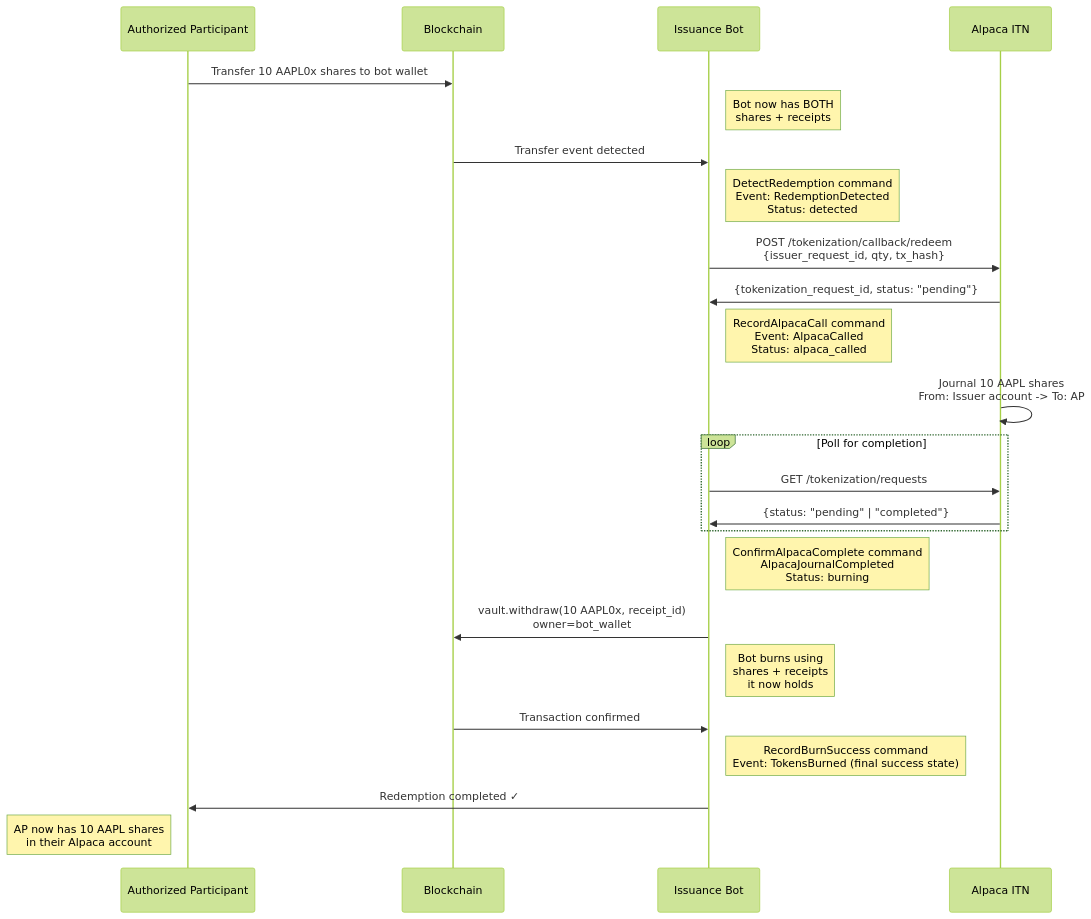
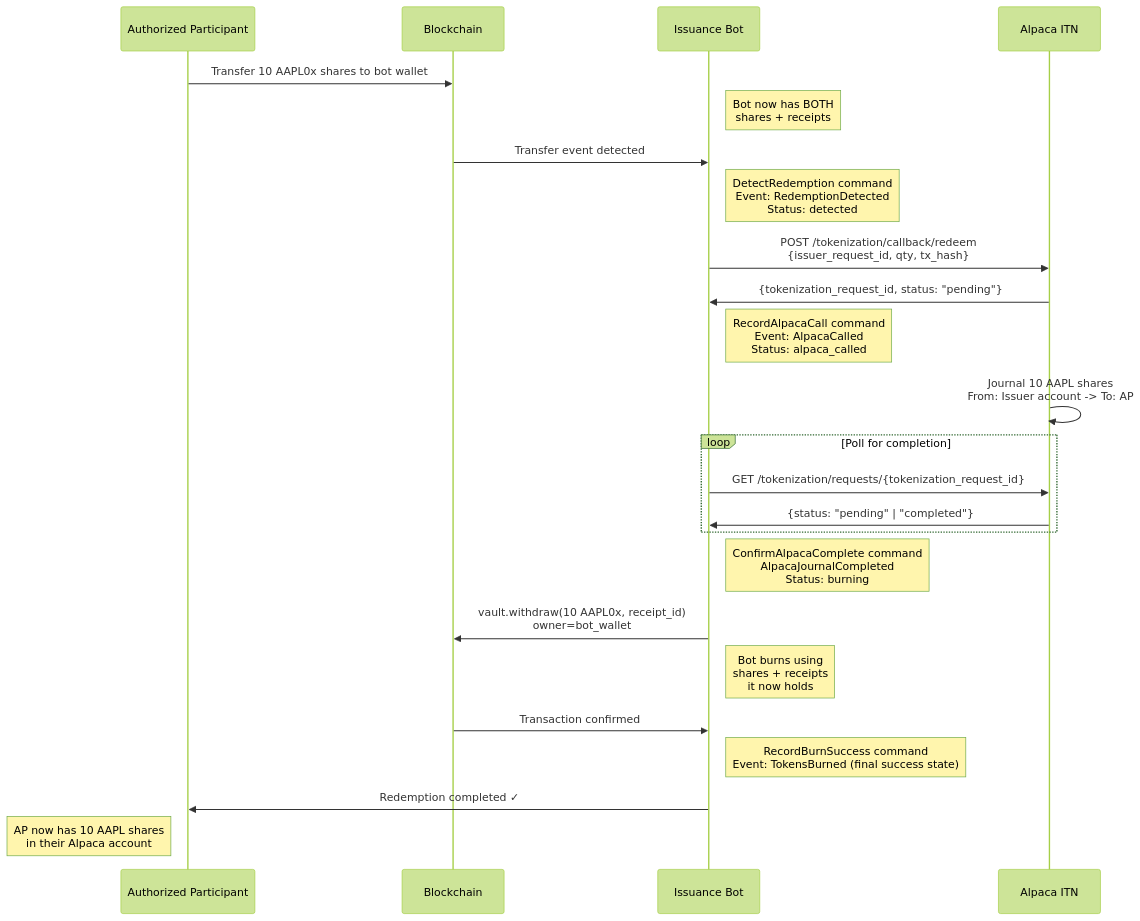
The fifth of 7 diagrams in SPEC.md (ST0x-Technology/st0x.issuance), drawn with Mermaid (forest theme) before and after one commit. The commit also changed other lines of this file and 11 other files, not shown here.

Commit message:
RAI-912: Switch Alpaca journal polling to per-request GET endpoints

````diff
--- a/SPEC.md
+++ b/SPEC.md
@@ -1304,33 +1304,33 @@
 ```mermaid
 sequenceDiagram
     participant AP as Authorized Participant
     participant Blockchain as Blockchain
     participant Us as Issuance Bot
     participant Alpaca as Alpaca ITN
 
     AP->>Blockchain: Transfer 10 AAPL0x shares to bot wallet
     Note right of Us: Bot now has BOTH<br/>shares + receipts
     Blockchain->>Us: Transfer event detected
     Note right of Us: DetectRedemption command<br/>Event: RedemptionDetected<br/>Status: detected
 
     Us->>Alpaca: POST /tokenization/callback/redeem<br/>{issuer_request_id, qty, tx_hash}
     Alpaca->>Us: {tokenization_request_id, status: "pending"}
     Note right of Us: RecordAlpacaCall command<br/>Event: AlpacaCalled<br/>Status: alpaca_called
 
     Alpaca->>Alpaca: Journal 10 AAPL shares<br/>From: Issuer account -> To: AP
 
     loop Poll for completion
-        Us->>Alpaca: GET /tokenization/requests
+        Us->>Alpaca: GET /tokenization/requests/{tokenization_request_id}
         Alpaca->>Us: {status: "pending" | "completed"}
     end
 
     Note right of Us: ConfirmAlpacaComplete command<br/>AlpacaJournalCompleted<br/>Status: burning
 
     Us->>Blockchain: vault.withdraw(10 AAPL0x, receipt_id)<br/>owner=bot_wallet
     Note right of Us: Bot burns using<br/>shares + receipts<br/>it now holds
     Blockchain->>Us: Transaction confirmed
     Note right of Us: RecordBurnSuccess command<br/>Event: TokensBurned (final success state)
 
     Us->>AP: Redemption completed ✓
     Note left of AP: AP now has 10 AAPL shares<br/>in their Alpaca account
 ```
````
